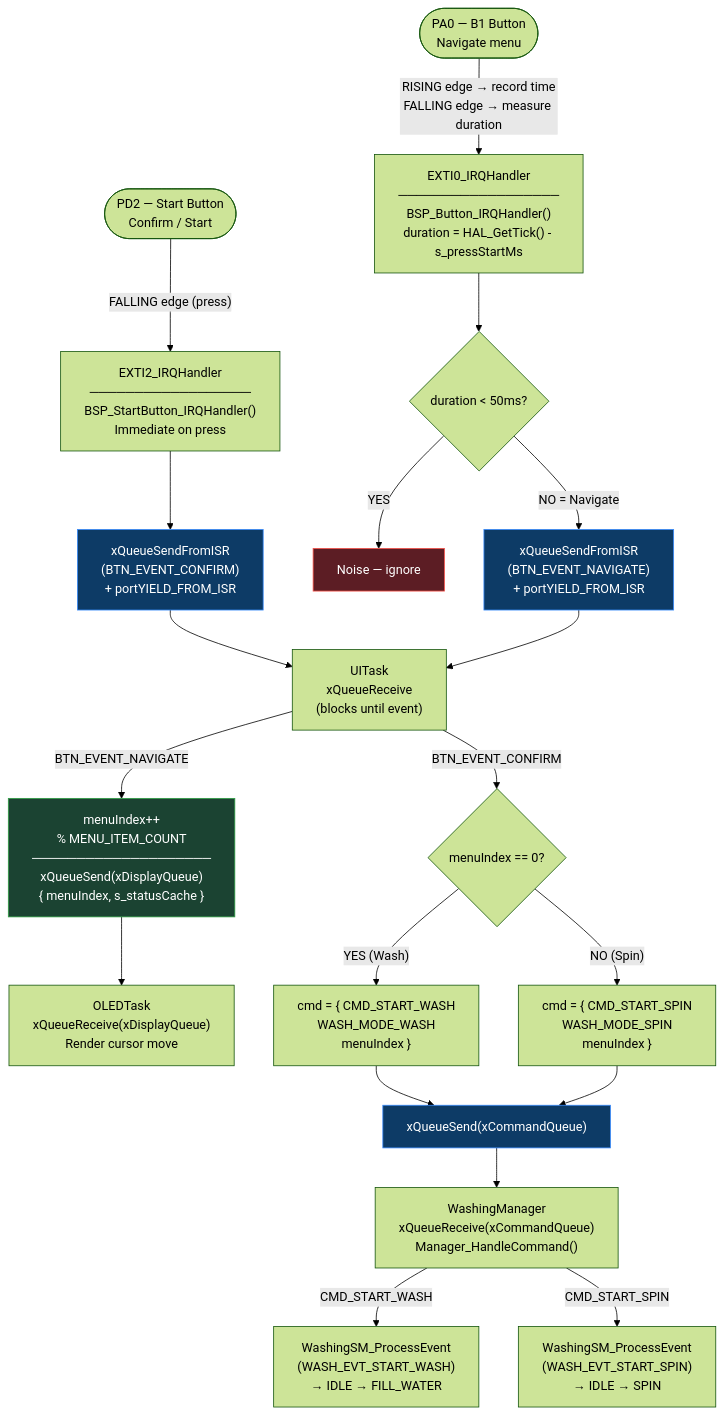
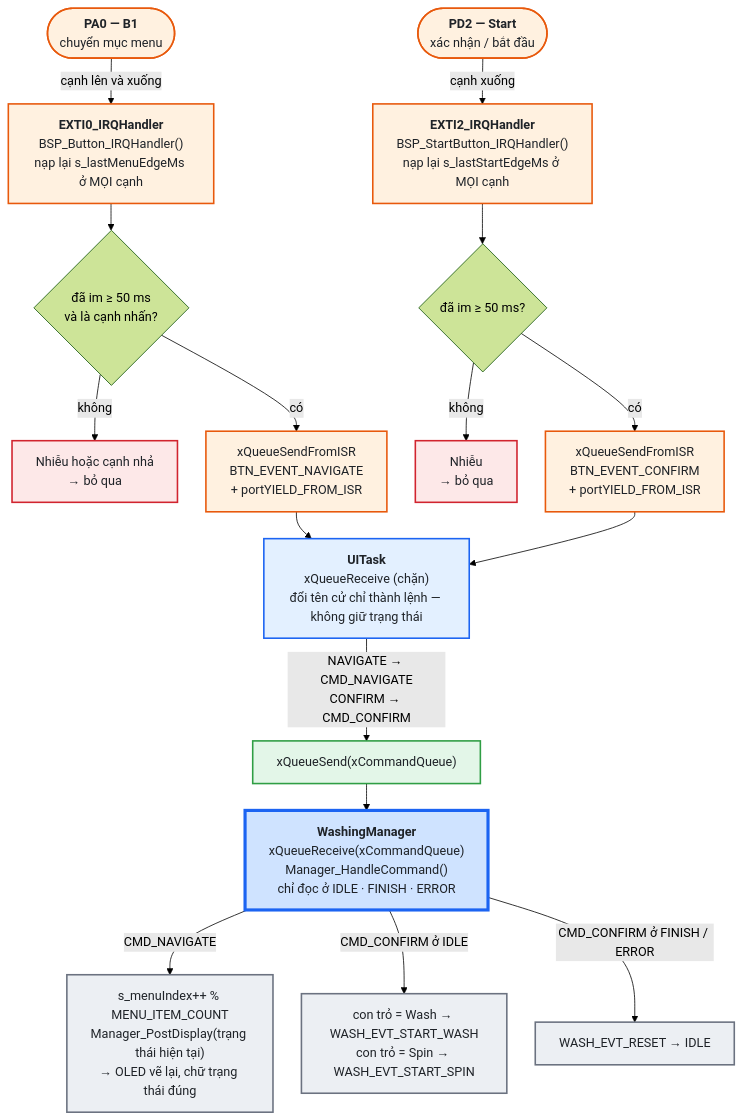
One commit to TTonyVi/Freertos_ST changed the ninth of 11 diagrams in docs/SYSTEM_DIAGRAMS.md. Above: the diagram before and after it, drawn with Mermaid (forest theme). The commit also changed other lines of this file and 25 other files, not shown here.

````diff
--- a/docs/SYSTEM_DIAGRAMS.md
+++ b/docs/SYSTEM_DIAGRAMS.md
@@ -369,47 +453,48 @@
 ```mermaid
-flowchart TD
-    PA0(["PA0 — B1 Button\nNavigate menu"])
-    PD2(["PD2 — Start Button\nConfirm / Start"])
+%%{init: {"flowchart": {"rankSpacing": 34, "nodeSpacing": 36}}}%%
+flowchart TB
+    PA0(["<b>PA0 — B1</b><br/>chuyển mục menu"])
+    PD2(["<b>PD2 — Start</b><br/>xác nhận / bắt đầu"])
 
-    PA0 -->|"RISING edge → record time\nFALLING edge → measure duration"| ISR0
+    PA0 -->|"cạnh lên và xuống"| ISR0
+    PD2 -->|"cạnh xuống"| ISR1
 
-    ISR0["EXTI0_IRQHandler\n──────────────────\nBSP_Button_IRQHandler()\nduration = HAL_GetTick() - s_pressStartMs"]
+    ISR0["<b>EXTI0_IRQHandler</b><br/>BSP_Button_IRQHandler()<br/>nạp lại s_lastMenuEdgeMs ở MỌI cạnh"]
+    ISR1["<b>EXTI2_IRQHandler</b><br/>BSP_StartButton_IRQHandler()<br/>nạp lại s_lastStartEdgeMs ở MỌI cạnh"]
 
-    ISR0 --> DEB{"duration < 50ms?"}
-    DEB -->|YES| NOISE["Noise — ignore"]
-    DEB -->|NO = Navigate| S_SEND["xQueueSendFromISR\n(BTN_EVENT_NAVIGATE)\n+ portYIELD_FROM_ISR"]
+    ISR0 --> Q0{"đã im ≥ 50 ms<br/>và là cạnh nhấn?"}
+    ISR1 --> Q1{"đã im ≥ 50 ms?"}
 
-    PD2 -->|"FALLING edge (press)"| ISR1
+    Q0 -->|"không"| NOISE0["Nhiễu hoặc cạnh nhả<br/>→ bỏ qua"]
+    Q1 -->|"không"| NOISE1["Nhiễu<br/>→ bỏ qua"]
+    Q0 -->|"có"| SEND0["xQueueSendFromISR<br/>BTN_EVENT_NAVIGATE<br/>+ portYIELD_FROM_ISR"]
+    Q1 -->|"có"| SEND1["xQueueSendFromISR<br/>BTN_EVENT_CONFIRM<br/>+ portYIELD_FROM_ISR"]
 
-    ISR1["EXTI2_IRQHandler\n──────────────────\nBSP_StartButton_IRQHandler()\nImmediate on press"]
+    SEND0 --> UI_RECV
+    SEND1 --> UI_RECV
 
-    ISR1 --> L_SEND["xQueueSendFromISR\n(BTN_EVENT_CONFIRM)\n+ portYIELD_FROM_ISR"]
+    UI_RECV["<b>UITask</b><br/>xQueueReceive (chặn)<br/>đổi tên cử chỉ thành lệnh — không giữ trạng thái"]
+    UI_RECV -->|"NAVIGATE → CMD_NAVIGATE<br/>CONFIRM → CMD_CONFIRM"| CMDQ
 
-    L_SEND --> UI_RECV
-    S_SEND --> UI_RECV
+    CMDQ["xQueueSend(xCommandQueue)"]
+    CMDQ --> MGR["<b>WashingManager</b><br/>xQueueReceive(xCommandQueue)<br/>Manager_HandleCommand()<br/>chỉ đọc ở IDLE · FINISH · ERROR"]
 
-    UI_RECV["UITask\nxQueueReceive\n(blocks until event)"]
+    MGR -->|"CMD_NAVIGATE"| CUR["s_menuIndex++ % MENU_ITEM_COUNT<br/>Manager_PostDisplay(trạng thái hiện tại)<br/>→ OLED vẽ lại, chữ trạng thái đúng"]
+    MGR -->|"CMD_CONFIRM ở IDLE"| START["con trỏ = Wash → WASH_EVT_START_WASH<br/>con trỏ = Spin → WASH_EVT_START_SPIN"]
+    MGR -->|"CMD_CONFIRM ở FINISH / ERROR"| RESET["WASH_EVT_RESET → IDLE"]
 
-    UI_RECV -->|BTN_EVENT_NAVIGATE| CURSOR["menuIndex++\n% MENU_ITEM_COUNT\n────────────────────\nxQueueSend(xDisplayQueue)\n{ menuIndex, s_statusCache }"]
-
-    UI_RECV -->|BTN_EVENT_CONFIRM| CMD_BUILD{"menuIndex == 0?"}
-
-    CMD_BUILD -->|"YES (Wash)"| WASH_CMD["cmd = { CMD_START_WASH\nWASH_MODE_WASH\nmenuIndex }"]
-    CMD_BUILD -->|"NO (Spin)"| SPIN_CMD["cmd = { CMD_START_SPIN\nWASH_MODE_SPIN\nmenuIndex }"]
-
-    WASH_CMD --> SEND_CMD["xQueueSend(xCommandQueue)"]
-    SPIN_CMD --> SEND_CMD
-
-    SEND_CMD --> MGR["WashingManager\nxQueueReceive(xCommandQueue)\nManager_HandleCommand()"]
-
-    MGR -->|CMD_START_WASH| SM_W["WashingSM_ProcessEvent\n(WASH_EVT_START_WASH)\n→ IDLE → FILL_WATER"]
-    MGR -->|CMD_START_SPIN| SM_S["WashingSM_ProcessEvent\n(WASH_EVT_START_SPIN)\n→ IDLE → SPIN"]
-
-    CURSOR --> OLED_UPD["OLEDTask\nxQueueReceive(xDisplayQueue)\nRender cursor move"]
-
-    style NOISE fill:#5c1d24,stroke:#f85149,color:#ffffff
-    style L_SEND fill:#0d3b66,stroke:#388bfd,color:#ffffff
-    style S_SEND fill:#0d3b66,stroke:#388bfd,color:#ffffff
-    style CURSOR fill:#1b4332,stroke:#2ea043,color:#ffffff
-    style SEND_CMD fill:#0d3b66,stroke:#388bfd,color:#ffffff
+    classDef hw    fill:#fff1e0,stroke:#e8590c,stroke-width:2px,color:#1f2328
+    classDef isr   fill:#fff1e0,stroke:#e8590c,stroke-width:2px,color:#1f2328
+    classDef task  fill:#e3f0ff,stroke:#1c64f2,stroke-width:2px,color:#1f2328
+    classDef hub   fill:#cfe3ff,stroke:#1c64f2,stroke-width:4px,color:#1f2328
+    classDef queue fill:#e3f6e8,stroke:#2f9e44,stroke-width:2px,color:#1f2328
+    classDef bad   fill:#fde8e8,stroke:#d1242f,stroke-width:2px,color:#1f2328
+    classDef out   fill:#eceff3,stroke:#6b7280,stroke-width:2px,color:#1f2328
+    class PA0,PD2 hw
+    class ISR0,ISR1,SEND0,SEND1 isr
+    class UI_RECV task
+    class CMDQ queue
+    class MGR hub
+    class NOISE0,NOISE1 bad
+    class CUR,START,RESET out
 ```
````
